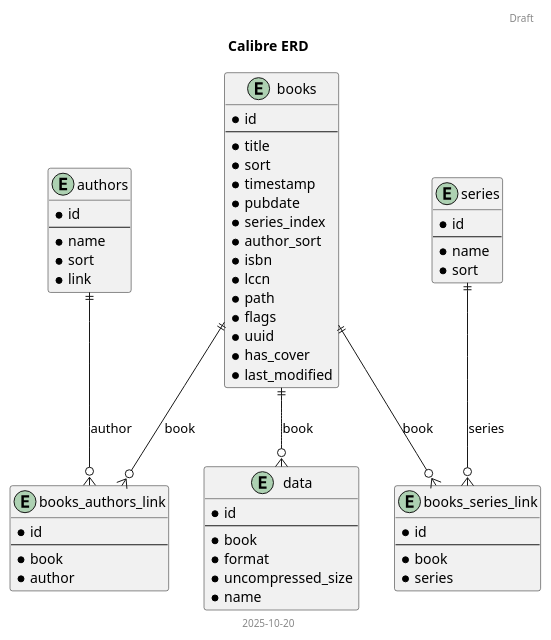
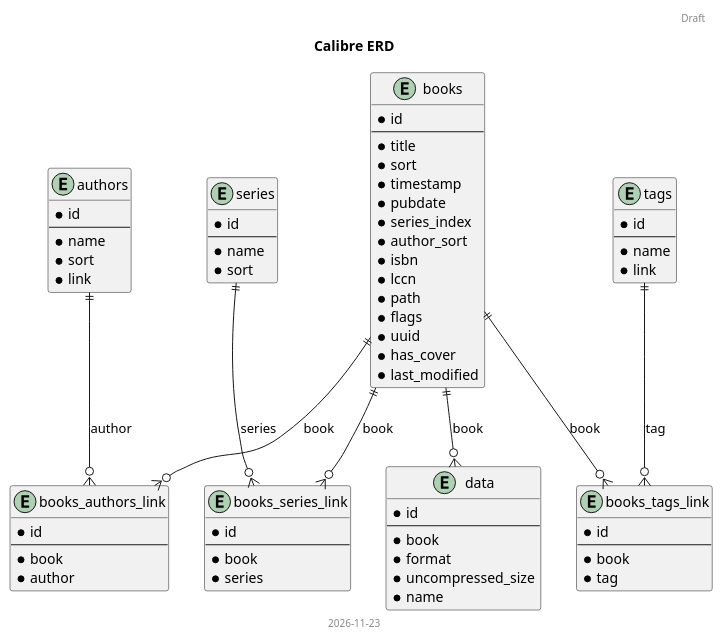
One commit to xshyamx/calibre-utils changed the diagram in docs/img/calibre-erd.plantuml. Above: the diagram before and after it, drawn with PlantUML. The commit also changed 1 other file, not shown here.

Commit message:
Update ERD diagram

```diff
--- a/docs/img/calibre-erd.plantuml
+++ b/docs/img/calibre-erd.plantuml
@@ -1,63 +1,77 @@
 @startuml
 ' calibre-erd
 header Draft
 title Calibre ERD
-footer 2025-10-20
+footer 2026-11-23
 
 entity b as "books" {
   * id
   --
   * title
   * sort
   * timestamp
   * pubdate
   * series_index
   * author_sort
   * isbn
   * lccn
   * path
   * flags
   * uuid
   * has_cover
   * last_modified
 }
 entity s as "series" {
   * id
   --
   * name
   * sort
 }
 entity a as "authors" {
   * id
   --
   * name
   * sort
   * link
 }
 entity bal as "books_authors_link" {
   * id
   --
   * book
   * author
 }
 entity bsl as "books_series_link" {
   * id
   --
   * book
   * series
 }
 entity data as "data" {
   * id
   --
   * book
   * format
   * uncompressed_size
   * name
 }
+entity t as "tags" {
+  * id
+  --
+  * name
+  * link
+}
+entity btl as "books_tags_link" {
+  * id
+  --
+  * book
+  * tag
+}
 
-a ||--o{ bal	: author
-b ||--o{ bal	: book
-s ||--o{ bsl	: series
-b ||--o{ bsl	: book
-b ||--o{ data	: book
+a ||--o{ bal  : author
+b ||--o{ bal  : book
+s ||--o{ bsl  : series
+b ||--o{ bsl  : book
+b ||--o{ data : book
+t ||--o{ btl  : tag
+b ||--o{ btl  : book
 @enduml
```
